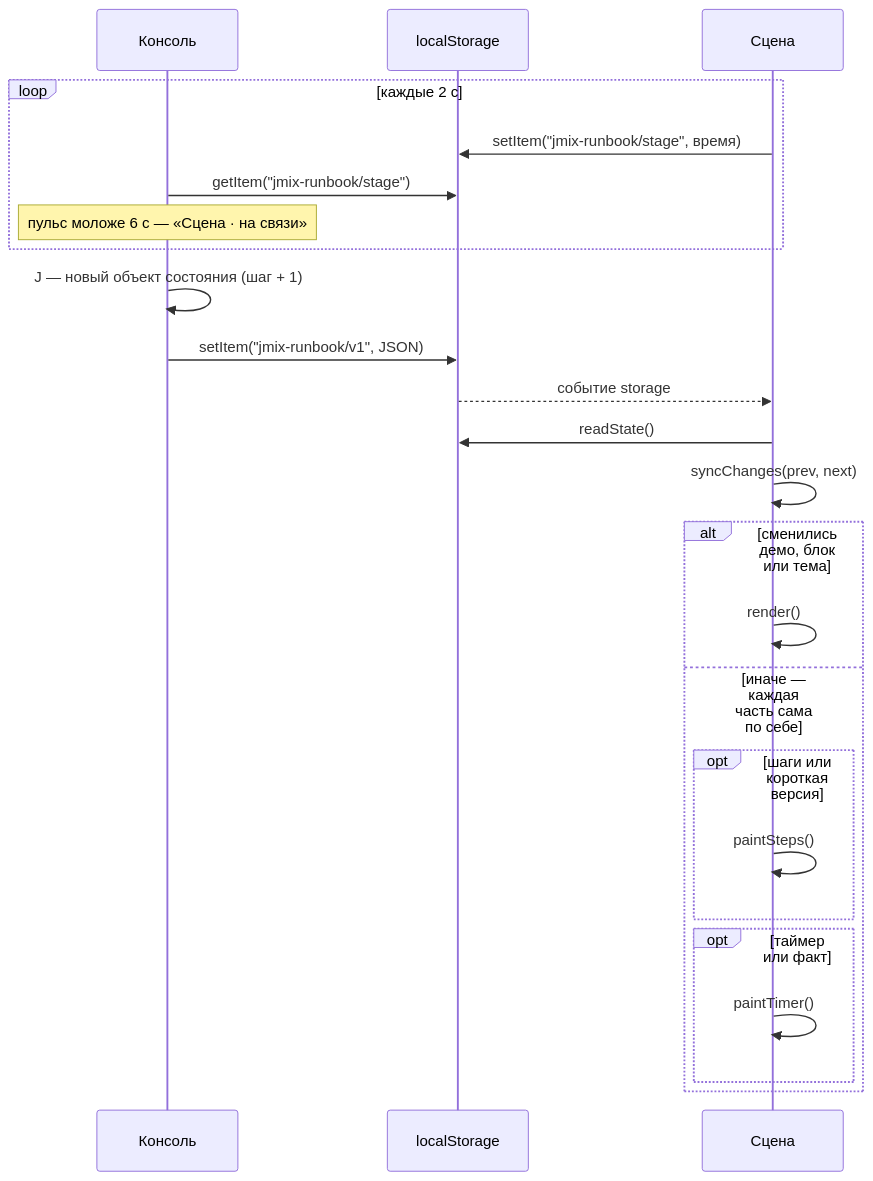
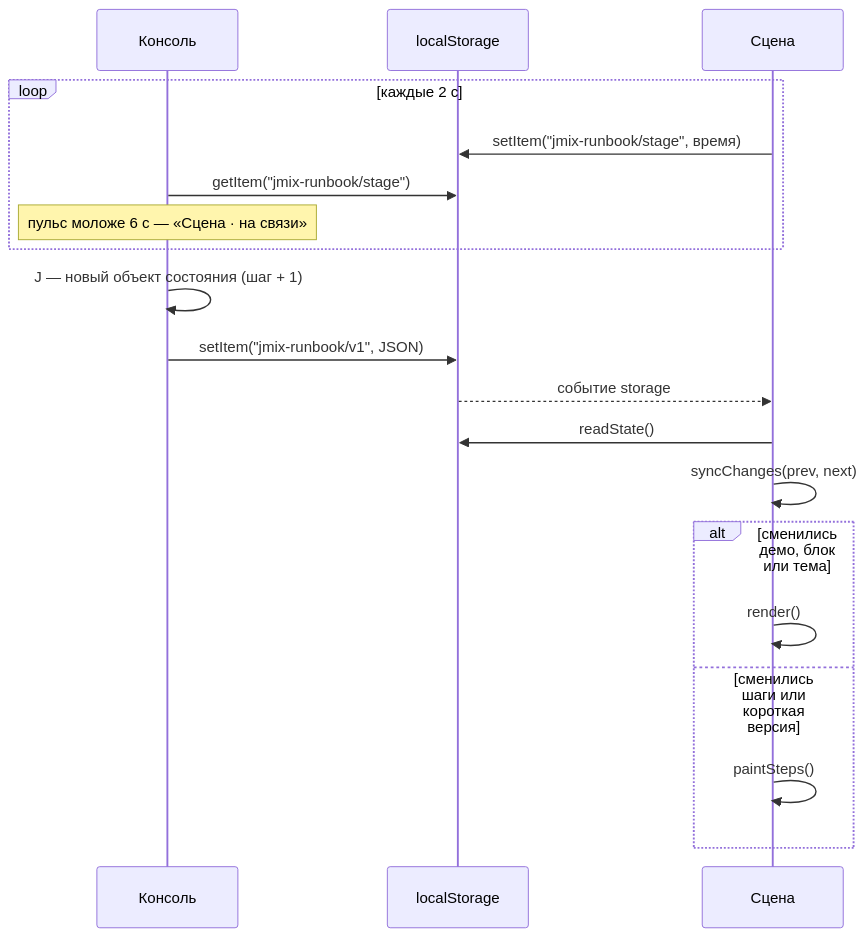
One commit to Fedoseew/jmix-demo-runbook changed the second of 2 diagrams in docs/guide/ru/architecture.md. Above: the diagram before and after it, drawn with Mermaid. The commit also changed other lines of this file and 24 other files, not shown here.

````diff
--- a/docs/guide/ru/architecture.md
+++ b/docs/guide/ru/architecture.md
@@ -76,26 +73,21 @@
 ```mermaid
 sequenceDiagram
   participant C as Консоль
   participant LS as localStorage
   participant S as Сцена
   loop каждые 2 с
     S->>LS: setItem("jmix-runbook/stage", время)
     C->>LS: getItem("jmix-runbook/stage")
     Note over C: пульс моложе 6 с — «Сцена · на связи»
   end
   C->>C: J — новый объект состояния (шаг + 1)
   C->>LS: setItem("jmix-runbook/v1", JSON)
   LS-->>S: событие storage
   S->>LS: readState()
   S->>S: syncChanges(prev, next)
   alt сменились демо, блок или тема
     S->>S: render()
-  else иначе — каждая часть сама по себе
-    opt шаги или короткая версия
-      S->>S: paintSteps()
-    end
-    opt таймер или факт
-      S->>S: paintTimer()
-    end
+  else сменились шаги или короткая версия
+    S->>S: paintSteps()
   end
 ```
````
